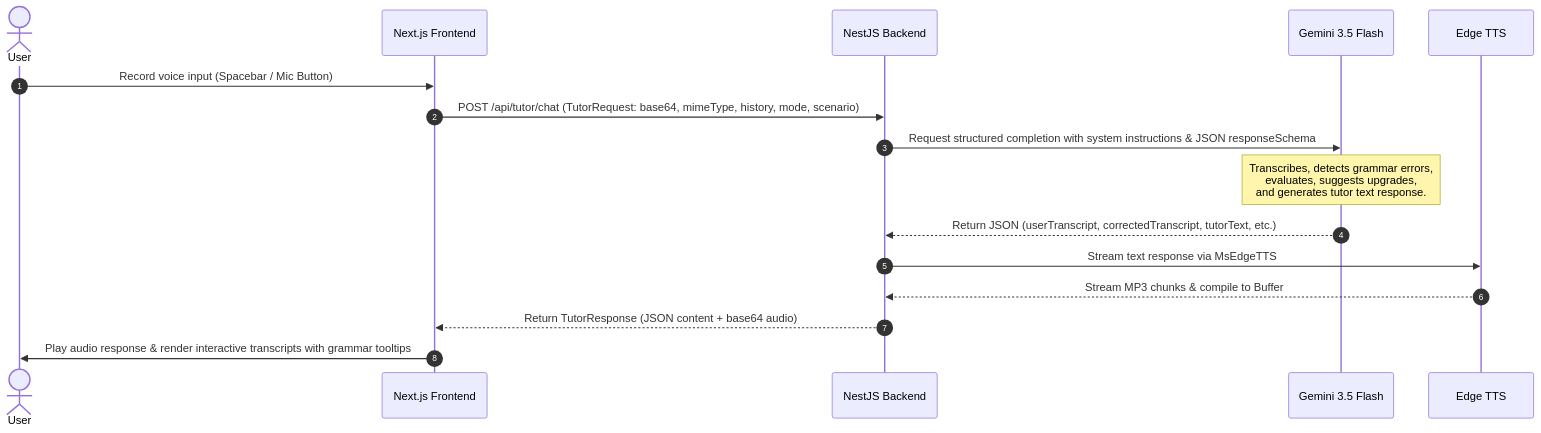
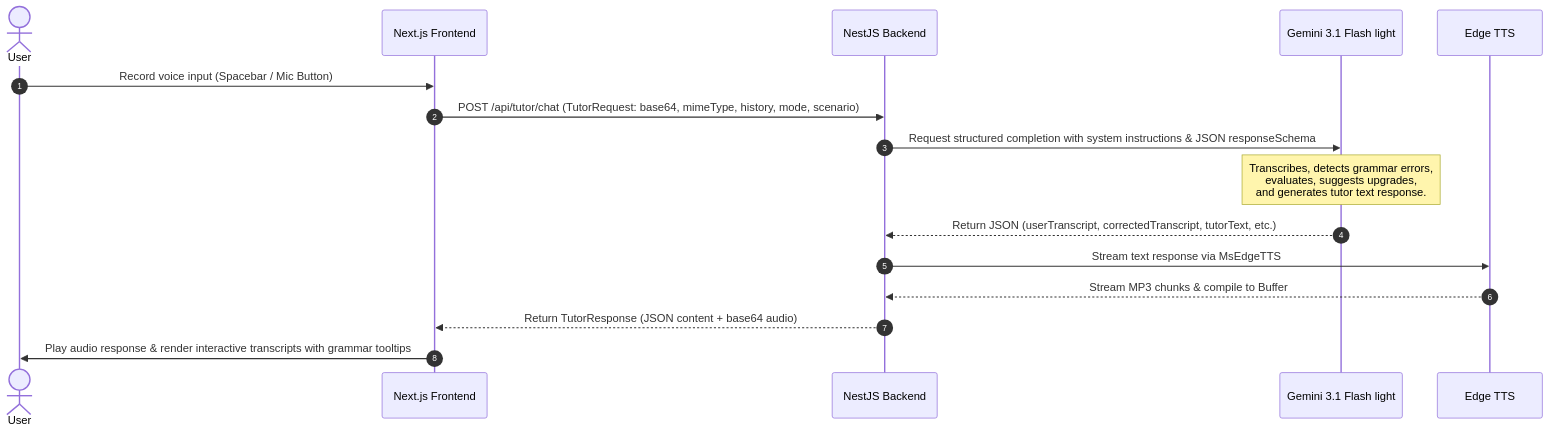
One commit to rakib-siddiki/language-tutor changed the diagram in README.md. Above: the diagram before and after it, drawn with Mermaid. The commit also changed 11 other files, not shown here.

````diff
--- a/README.md
+++ b/README.md
@@ -11,19 +11,19 @@
 ```mermaid
 sequenceDiagram
     autonumber
     actor User
     participant FE as Next.js Frontend
     participant BE as NestJS Backend
-    participant Gemini as Gemini 3.5 Flash
+    participant Gemini as Gemini 3.1 Flash light
     participant TTS as Edge TTS
 
     User->>FE: Record voice input (Spacebar / Mic Button)
     FE->>BE: POST /api/tutor/chat (TutorRequest: base64, mimeType, history, mode, scenario)
     BE->>Gemini: Request structured completion with system instructions & JSON responseSchema
     Note over Gemini: Transcribes, detects grammar errors,<br/>evaluates, suggests upgrades,<br/>and generates tutor text response.
     Gemini-->>BE: Return JSON (userTranscript, correctedTranscript, tutorText, etc.)
     BE->>TTS: Stream text response via MsEdgeTTS
     TTS-->>BE: Stream MP3 chunks & compile to Buffer
     BE-->>FE: Return TutorResponse (JSON content + base64 audio)
     FE->>User: Play audio response & render interactive transcripts with grammar tooltips
 ```
````
